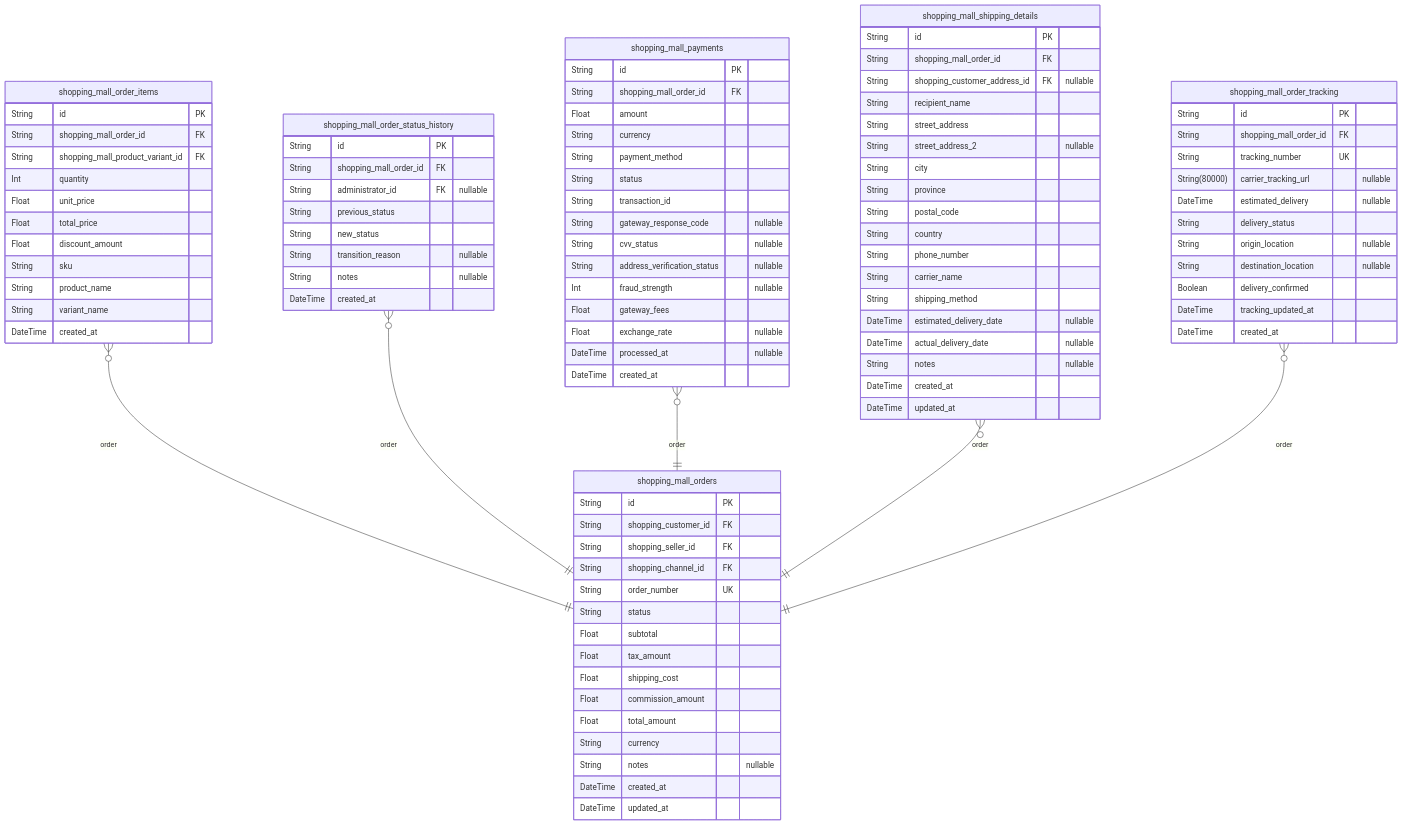
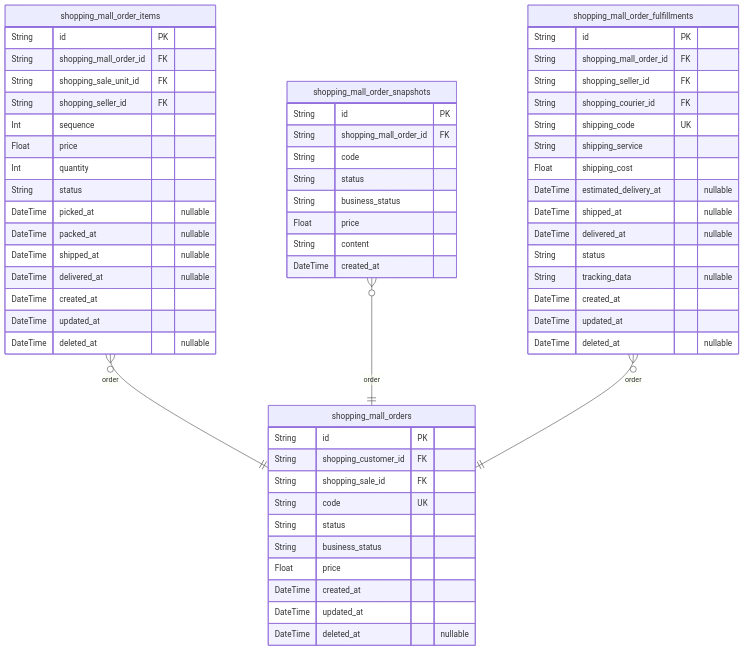
The fifth of 10 diagrams in moonshotai/kimi-k2-0905-exacto/shopping/docs/ERD.md (wrtnlabs/autobe-examples), drawn with Mermaid before and after one commit. The commit also changed other lines of this file and 22498 other files, not shown here.

````diff
--- a/moonshotai/kimi-k2-0905-exacto/shopping/docs/ERD.md
+++ b/moonshotai/kimi-k2-0905-exacto/shopping/docs/ERD.md
@@ -990,96 +853,60 @@
 "shopping_mall_orders" {
   String id PK
   String shopping_customer_id FK
-  String shopping_seller_id FK
-  String shopping_channel_id FK
-  String order_number UK
+  String shopping_sale_id FK
+  String code UK
   String status
-  Float subtotal
-  Float tax_amount
-  Float shipping_cost
-  Float commission_amount
-  Float total_amount
-  String currency
-  String notes "nullable"
+  String business_status
+  Float price
   DateTime created_at
   DateTime updated_at
+  DateTime deleted_at "nullable"
 }
 "shopping_mall_order_items" {
   String id PK
   String shopping_mall_order_id FK
-  String shopping_mall_product_variant_id FK
+  String shopping_sale_unit_id FK
+  String shopping_seller_id FK
+  Int sequence
+  Float price
   Int quantity
-  Float unit_price
-  Float total_price
-  Float discount_amount
-  String sku
-  String product_name
-  String variant_name
+  String status
+  DateTime picked_at "nullable"
+  DateTime packed_at "nullable"
+  DateTime shipped_at "nullable"
+  DateTime delivered_at "nullable"
+  DateTime created_at
+  DateTime updated_at
+  DateTime deleted_at "nullable"
+}
+"shopping_mall_order_snapshots" {
+  String id PK
+  String shopping_mall_order_id FK
+  String code
+  String status
+  String business_status
+  Float price
+  String content
   DateTime created_at
 }
-"shopping_mall_order_status_history" {
+"shopping_mall_order_fulfillments" {
   String id PK
   String shopping_mall_order_id FK
-  String administrator_id FK "nullable"
-  String previous_status
-  String new_status
-  String transition_reason "nullable"
-  String notes "nullable"
-  DateTime created_at
-}
-"shopping_mall_payments" {
-  String id PK
-  String shopping_mall_order_id FK
-  Float amount
-  String currency
-  String payment_method
+  String shopping_seller_id FK
+  String shopping_courier_id FK
+  String shipping_code UK
+  String shipping_service
+  Float shipping_cost
+  DateTime estimated_delivery_at "nullable"
+  DateTime shipped_at "nullable"
+  DateTime delivered_at "nullable"
   String status
-  String transaction_id
-  String gateway_response_code "nullable"
-  String cvv_status "nullable"
-  String address_verification_status "nullable"
-  Int fraud_strength "nullable"
-  Float gateway_fees
-  Float exchange_rate "nullable"
-  DateTime processed_at "nullable"
-  DateTime created_at
-}
-"shopping_mall_shipping_details" {
-  String id PK
-  String shopping_mall_order_id FK
-  String shopping_customer_address_id FK "nullable"
-  String recipient_name
-  String street_address
-  String street_address_2 "nullable"
-  String city
-  String province
-  String postal_code
-  String country
-  String phone_number
-  String carrier_name
-  String shipping_method
-  DateTime estimated_delivery_date "nullable"
-  DateTime actual_delivery_date "nullable"
-  String notes "nullable"
+  String tracking_data "nullable"
   DateTime created_at
   DateTime updated_at
-}
-"shopping_mall_order_tracking" {
-  String id PK
-  String shopping_mall_order_id FK
-  String tracking_number UK
-  String(80000) carrier_tracking_url "nullable"
-  DateTime estimated_delivery "nullable"
-  String delivery_status
-  String origin_location "nullable"
-  String destination_location "nullable"
-  Boolean delivery_confirmed
-  DateTime tracking_updated_at
-  DateTime created_at
+  DateTime deleted_at "nullable"
 }
 "shopping_mall_order_items" }o--|| "shopping_mall_orders" : order
-"shopping_mall_order_status_history" }o--|| "shopping_mall_orders" : order
-"shopping_mall_payments" }o--|| "shopping_mall_orders" : order
-"shopping_mall_shipping_details" }o--|| "shopping_mall_orders" : order
-"shopping_mall_order_tracking" }o--|| "shopping_mall_orders" : order
+"shopping_mall_order_snapshots" }o--|| "shopping_mall_orders" : order
+"shopping_mall_order_fulfillments" }o--|| "shopping_mall_orders" : order
 ```
````
